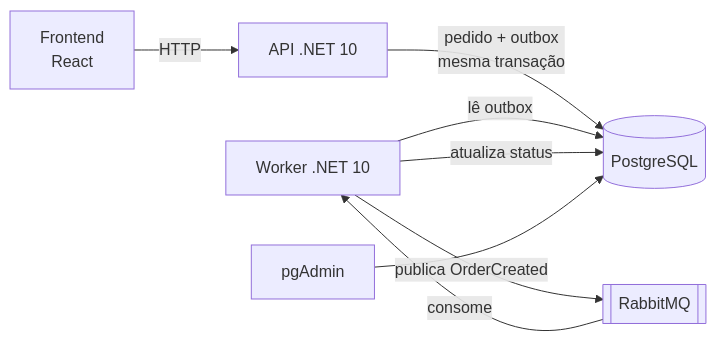
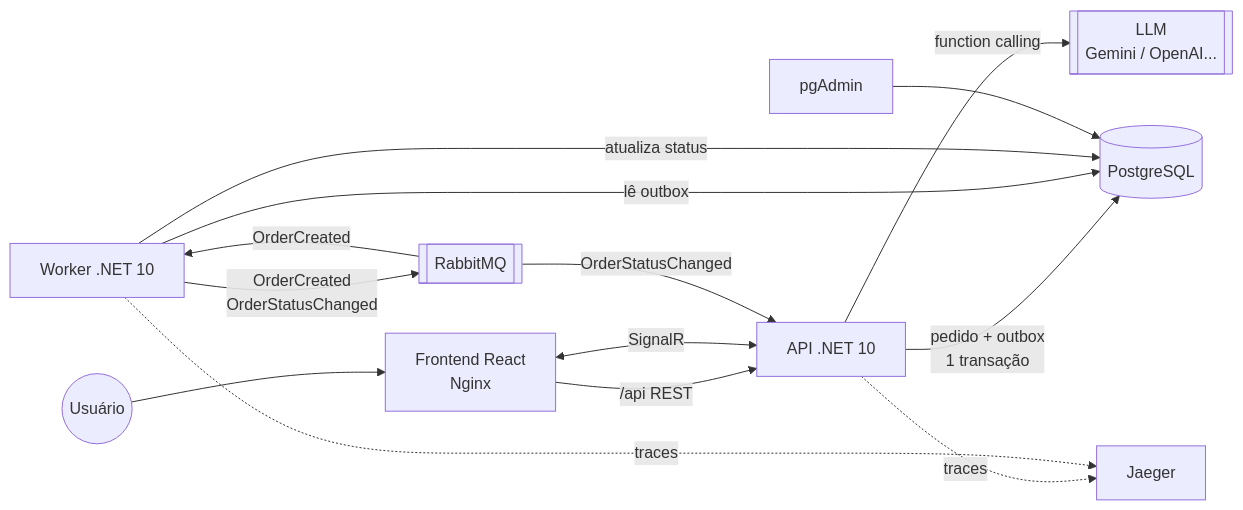
Before and after one commit to marcusguarani/tmb-orders: the first of 4 diagrams in README.md, drawn with Mermaid. The commit also changed other lines of this file and 11 other files, not shown here.

````diff
--- a/README.md
+++ b/README.md
@@ -11,10 +92,16 @@
 ```mermaid
 flowchart LR
-    FE[Frontend<br/>React] -->|HTTP| API[API .NET 10]
-    API -->|pedido + outbox<br/>mesma transação| DB[(PostgreSQL)]
+    U((Usuário)) --> FE[Frontend React<br/>Nginx]
+    FE -->|/api REST| API[API .NET 10]
+    FE <-->|SignalR| API
+    API -->|pedido + outbox<br/>1 transação| DB[(PostgreSQL)]
+    API -->|function calling| LLM[[LLM<br/>Gemini / OpenAI...]]
     W[Worker .NET 10] -->|lê outbox| DB
-    W -->|publica OrderCreated| MQ[[RabbitMQ]]
-    MQ -->|consome| W
+    W -->|OrderCreated<br/>OrderStatusChanged| MQ[[RabbitMQ]]
+    MQ -->|OrderCreated| W
     W -->|atualiza status| DB
+    MQ -->|OrderStatusChanged| API
+    API -.->|traces| J[Jaeger]
+    W -.->|traces| J
     PGA[pgAdmin] --> DB
 ```
````
